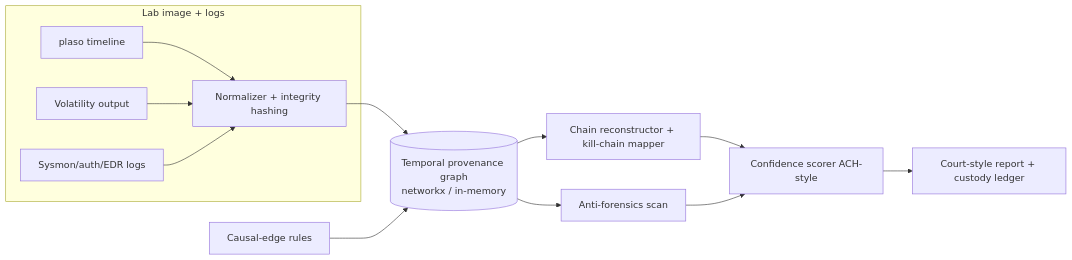
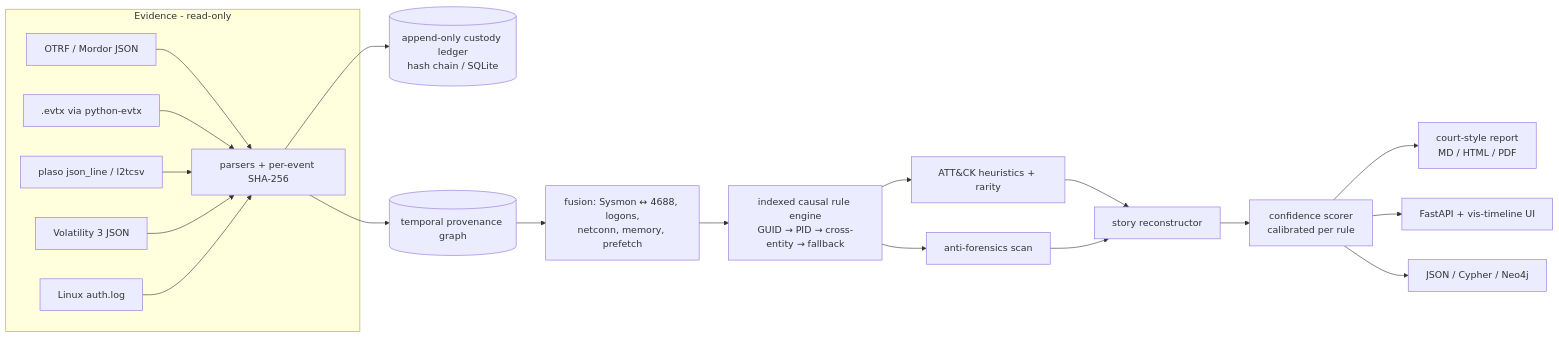
Before and after one commit to rakshit-737/revenant: the diagram in README.md, drawn with Mermaid. The commit also changed other lines of this file and 1 other file, not shown here.

````diff
--- a/README.md
+++ b/README.md
@@ -23,15 +38,22 @@
 ```mermaid
 flowchart LR
-  subgraph Evidence[Lab image + logs]
-    PL[plaso timeline] --> N
-    VOL[Volatility output] --> N
-    LOG[Sysmon/auth/EDR logs] --> N
+  subgraph Evidence[Evidence - read-only]
+    OTRF[OTRF / Mordor JSON] --> P
+    EVTX[.evtx via python-evtx] --> P
+    PL[plaso json_line / l2tcsv] --> P
+    VOL[Volatility 3 JSON] --> P
+    AUTH[Linux auth.log] --> P
   end
-  N[Normalizer + integrity hashing] --> G[(Temporal provenance graph<br/>networkx / in-memory)]
-  RULES[Causal-edge rules] --> G
-  G --> AF[Anti-forensics scan]
-  G --> RC[Chain reconstructor + kill-chain mapper]
-  RC --> CONF[Confidence scorer ACH-style]
-  AF --> CONF
-  CONF --> REP[Court-style report + custody ledger]
+  P[parsers + per-event SHA-256] --> L[(append-only custody ledger<br/>hash chain / SQLite)]
+  P --> G[(temporal provenance graph)]
+  G --> F[fusion: Sysmon ↔ 4688, logons,<br/>netconn, memory, prefetch]
+  F --> R[indexed causal rule engine<br/>GUID → PID → cross-entity → fallback]
+  R --> AF[anti-forensics scan]
+  R --> AT[ATT&CK heuristics + rarity]
+  AT --> S[story reconstructor]
+  AF --> S
+  S --> C[confidence scorer<br/>calibrated per rule]
+  C --> REP[court-style report<br/>MD / HTML / PDF]
+  C --> API[FastAPI + vis-timeline UI]
+  C --> NEO[JSON / Cypher / Neo4j]
 ```
````
